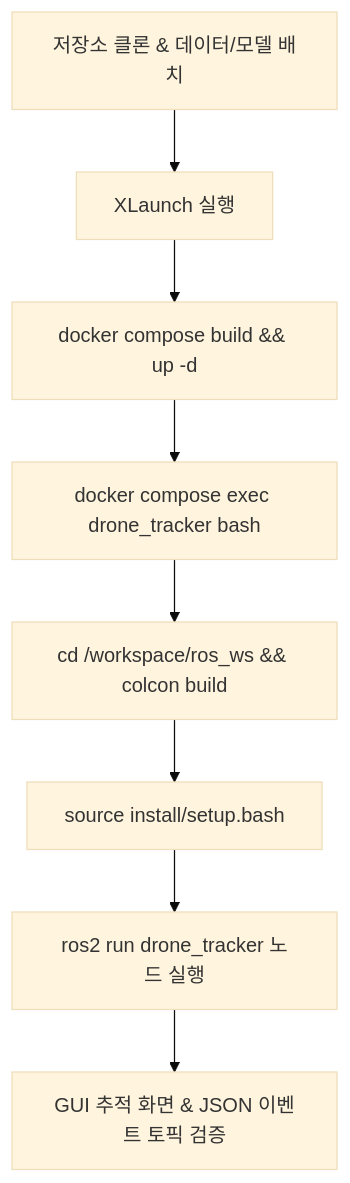
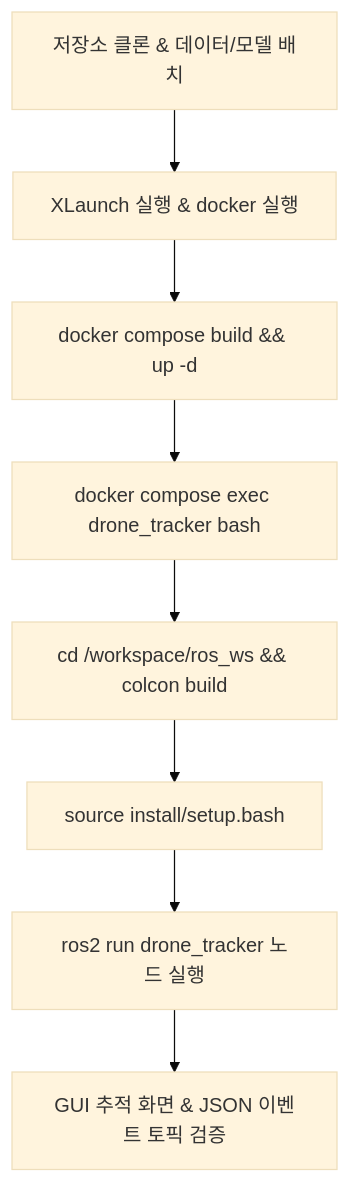
The diagram in README.md (crab-ally/drone-detection-tracking), drawn with Mermaid (base theme) before and after one commit. The commit also changed other lines of this file, not shown here.

````diff
--- a/README.md
+++ b/README.md
@@ -237,10 +238,10 @@
 ```mermaid
 flowchart TD
-    A[저장소 클론 & 데이터/모델 배치] --> B[XLaunch 실행]
+    A[저장소 클론 & 데이터/모델 배치] --> B[XLaunch 실행 & docker 실행]
     B --> C[docker compose build && up -d]
     C --> D[docker compose exec drone_tracker bash]
     D --> E[cd /workspace/ros_ws && colcon build]
     E --> F[source install/setup.bash]
     F --> G[ros2 run drone_tracker 노드 실행]
     G --> H[GUI 추적 화면 & JSON 이벤트 토픽 검증]
 ```
````
